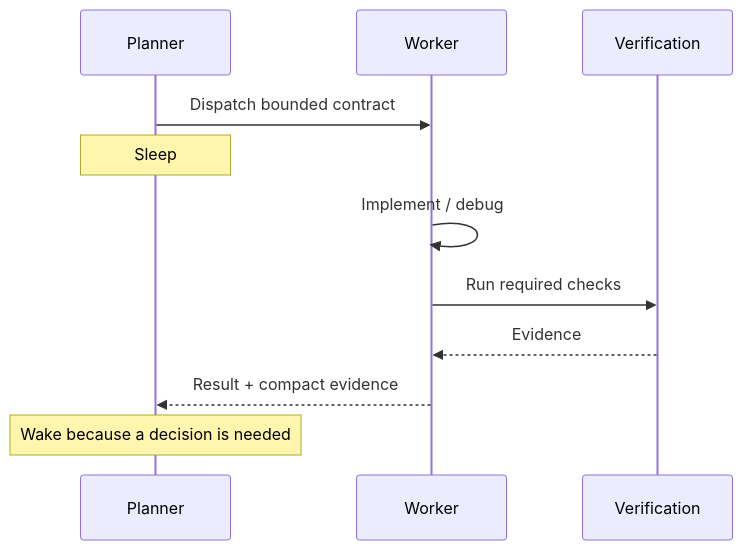
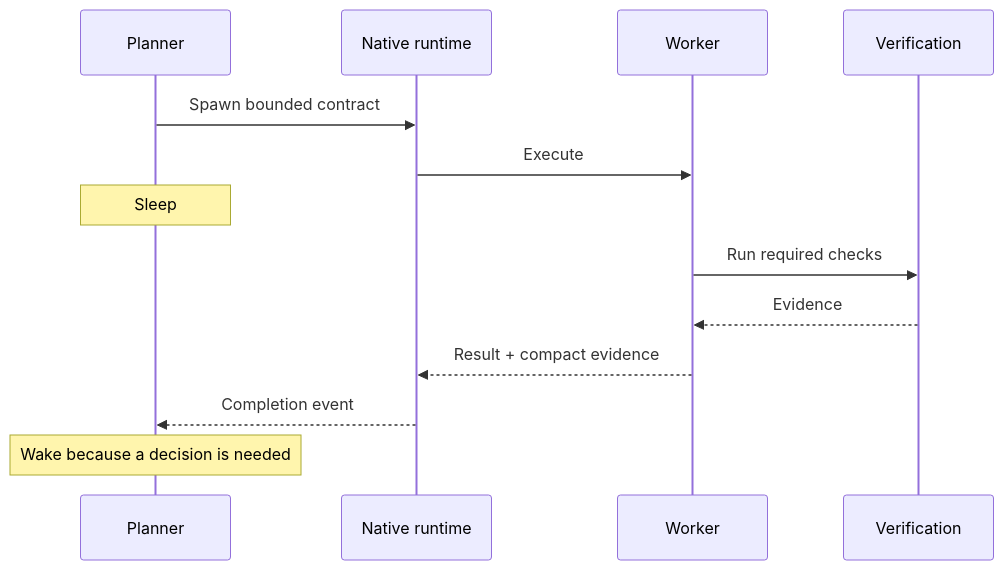
Before and after one commit to Strataward/durable-threads: the second of 2 diagrams in plugins/durable-threads/skills/durable-threads/references/ARCHITECTURE.md, drawn with Mermaid. The commit also changed other lines of this file, not shown here.

Commit message:
Update architecture for native multi-agent runtimes

````diff
--- a/plugins/durable-threads/skills/durable-threads/references/ARCHITECTURE.md
+++ b/plugins/durable-threads/skills/durable-threads/references/ARCHITECTURE.md
@@ -64,14 +74,16 @@
 ```mermaid
 sequenceDiagram
     participant P as Planner
+    participant R as Native runtime
     participant W as Worker
     participant V as Verification
 
-    P->>W: Dispatch bounded contract
+    P->>R: Spawn bounded contract
+    R->>W: Execute
     Note over P: Sleep
-    W->>W: Implement / debug
     W->>V: Run required checks
     V-->>W: Evidence
-    W-->>P: Result + compact evidence
+    W-->>R: Result + compact evidence
+    R-->>P: Completion event
     Note over P: Wake because a decision is needed
 ```
````
